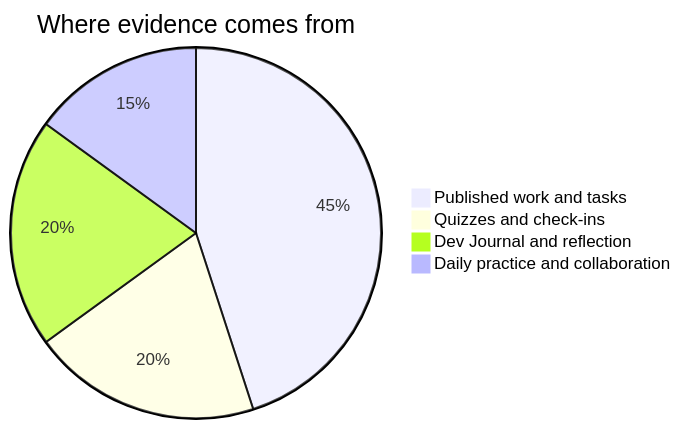
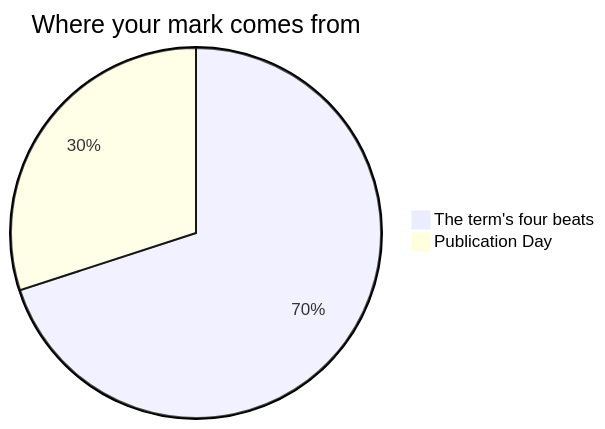
Before and after one commit to russellgordon/containerized-quartz-for-teachers: the diagram in support/example_content/TGJ2O/shared/Setup/How Marks Work.md, drawn with Mermaid. The commit also changed other lines of this file and 455 other files, not shown here.

````diff
--- a/support/example_content/TGJ2O/shared/Setup/How Marks Work.md
+++ b/support/example_content/TGJ2O/shared/Setup/How Marks Work.md
@@ -17,7 +24,5 @@
 ```mermaid
-pie title Where evidence comes from
-    "Published work and tasks" : 45
-    "Quizzes and check-ins" : 20
-    "Dev Journal and reflection" : 20
-    "Daily practice and collaboration" : 15
+pie title Where your mark comes from
+    "The term's four beats" : 70
+    "Publication Day" : 30
 ```
````
